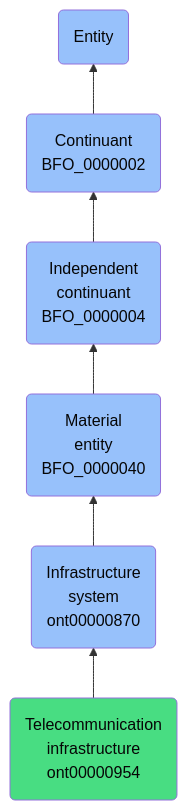
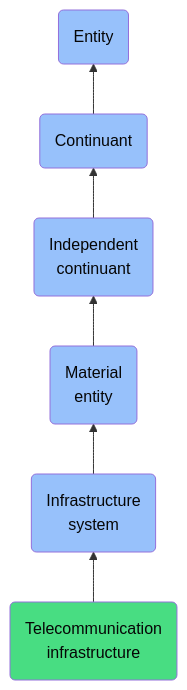
Before and after one commit to jupyter-naas/abi: the diagram in docs/ontology/reference/model/Entity/Continuant/Independent continuant/Material entity/Infrastructure system/Telecommunication infrastructure/Telecommunication infrastructure.md, drawn with Mermaid. The commit also changed other lines of this file and 1430 other files, not shown here.

````diff
--- a/docs/ontology/reference/model/Entity/Continuant/Independent continuant/Material entity/Infrastructure system/Telecommunication infrastructure/Telecommunication infrastructure.md
+++ b/docs/ontology/reference/model/Entity/Continuant/Independent continuant/Material entity/Infrastructure system/Telecommunication infrastructure/Telecommunication infrastructure.md
@@ -24,13 +24,13 @@
 ```mermaid
 graph BT
-    ont00000954(Telecommunication<br>infrastructure<br>ont00000954):::ABI-->ont00000870
-    ont00000870(Infrastructure<br>system<br>ont00000870):::BFO-->BFO_0000040
-    BFO_0000040(Material<br>entity<br>BFO_0000040):::BFO-->BFO_0000004
-    BFO_0000004(Independent<br>continuant<br>BFO_0000004):::BFO-->BFO_0000002
-    BFO_0000002(Continuant<br>BFO_0000002):::BFO-->BFO_0000001
+    ont00000954(Telecommunication<br>infrastructure):::ABI-->ont00000870
+    ont00000870(Infrastructure<br>system):::BFO-->BFO_0000040
+    BFO_0000040(Material<br>entity):::BFO-->BFO_0000004
+    BFO_0000004(Independent<br>continuant):::BFO-->BFO_0000002
+    BFO_0000002(Continuant):::BFO-->BFO_0000001
     BFO_0000001(Entity):::BFO
     
     classDef BFO fill:#97c1fb,color:#060606
     classDef CCO fill:#e4c51e,color:#060606
     classDef ABI fill:#48DD82,color:#060606
 ```
````
